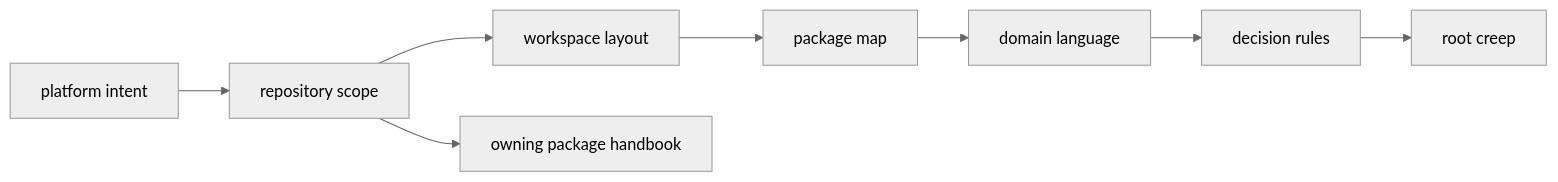
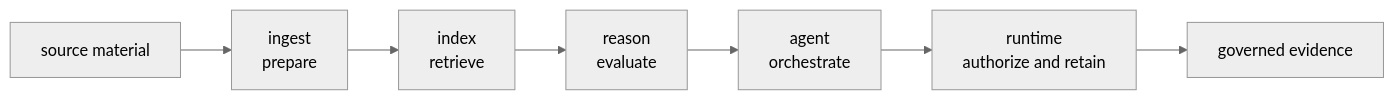
The first of 2 diagrams in docs/01-bijux-canon/foundation/index.md (bijux/bijux-canon), drawn with Mermaid (neutral theme) before and after one commit. The commit also changed other lines of this file and 1 other file, not shown here.

Commit message:
docs(canon): define stable language and reader routes

````diff
--- a/docs/01-bijux-canon/foundation/index.md
+++ b/docs/01-bijux-canon/foundation/index.md
@@ -28,15 +26,12 @@
 ```mermaid
 flowchart LR
-    intent["platform intent"]
-    scope["repository scope"]
-    layout["workspace layout"]
-    packages["package map"]
-    language["domain language"]
-    decisions["decision rules"]
-    package["owning package handbook"]
-    blur["root creep"]
+    source["source material"]
+    ingest["ingest<br/>prepare"]
+    index["index<br/>retrieve"]
+    reason["reason<br/>evaluate"]
+    agent["agent<br/>orchestrate"]
+    runtime["runtime<br/>authorize and retain"]
+    evidence["governed evidence"]
 
-    intent --> scope --> layout --> packages --> language --> decisions
-    scope --> package
-    decisions --> blur
+    source --> ingest --> index --> reason --> agent --> runtime --> evidence
 ```
````
